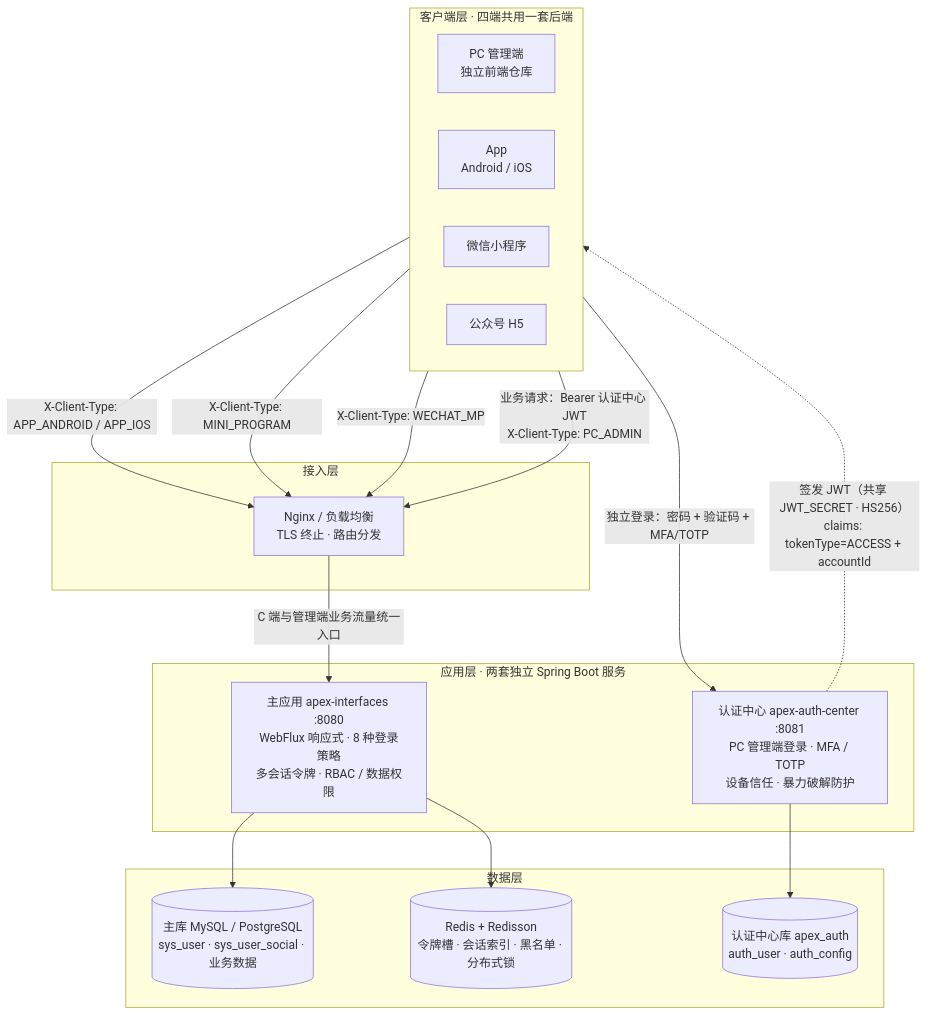
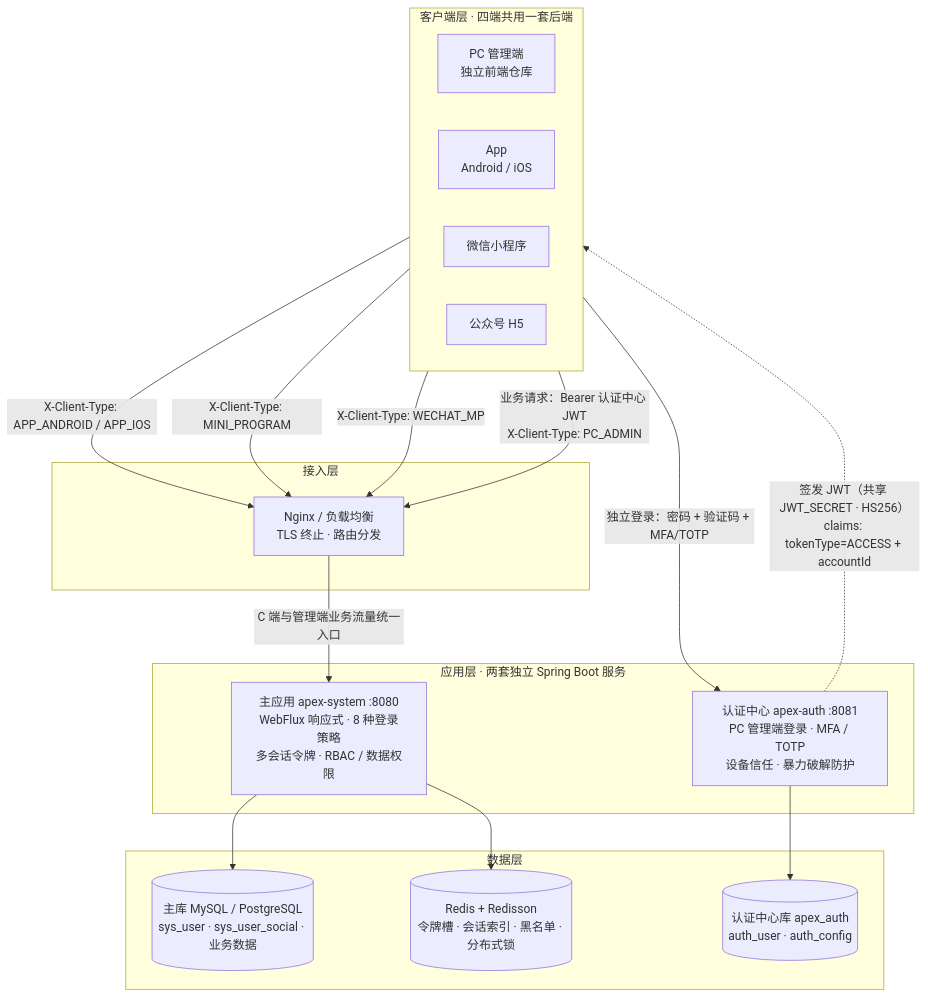
The first of 15 diagrams in docs/02-architecture/multi-client-integration-plan.md (apex-cloud-service/apex-scaffold), drawn with Mermaid before and after one commit. The commit also changed other lines of this file and 507 other files, not shown here.

````diff
--- a/docs/02-architecture/multi-client-integration-plan.md
+++ b/docs/02-architecture/multi-client-integration-plan.md
@@ -37,38 +37,38 @@
 ```mermaid
 flowchart TB
     subgraph CLIENTS["客户端层 · 四端共用一套后端"]
         direction LR
         PC["PC 管理端<br/>独立前端仓库"]
         APP["App<br/>Android / iOS"]
         MINI["微信小程序"]
         MPH5["公众号 H5"]
     end
 
     subgraph EDGE["接入层"]
         NG["Nginx / 负载均衡<br/>TLS 终止 · 路由分发"]
     end
 
     subgraph SERVICES["应用层 · 两套独立 Spring Boot 服务"]
-        MAIN["主应用 apex-interfaces :8080<br/>WebFlux 响应式 · 8 种登录策略<br/>多会话令牌 · RBAC / 数据权限"]
-        AUTH["认证中心 apex-auth-center :8081<br/>PC 管理端登录 · MFA / TOTP<br/>设备信任 · 暴力破解防护"]
+        MAIN["主应用 apex-system :8080<br/>WebFlux 响应式 · 8 种登录策略<br/>多会话令牌 · RBAC / 数据权限"]
+        AUTH["认证中心 apex-auth :8081<br/>PC 管理端登录 · MFA / TOTP<br/>设备信任 · 暴力破解防护"]
     end
 
     subgraph DATA["数据层"]
         MAINDB[("主库 MySQL / PostgreSQL<br/>sys_user · sys_user_social · 业务数据")]
         AUTHDB[("认证中心库 apex_auth<br/>auth_user · auth_config")]
         REDIS[("Redis + Redisson<br/>令牌槽 · 会话索引 · 黑名单 · 分布式锁")]
     end
 
     APP -->|"X-Client-Type: APP_ANDROID / APP_IOS"| NG
     MINI -->|"X-Client-Type: MINI_PROGRAM"| NG
     MPH5 -->|"X-Client-Type: WECHAT_MP"| NG
     PC -->|"业务请求：Bearer 认证中心 JWT<br/>X-Client-Type: PC_ADMIN"| NG
     NG -->|"C 端与管理端业务流量统一入口"| MAIN
 
     PC -->|"独立登录：密码 + 验证码 + MFA/TOTP"| AUTH
     AUTH -.->|"签发 JWT（共享 JWT_SECRET · HS256）<br/>claims: tokenType=ACCESS + accountId"| PC
 
     MAIN --> MAINDB
     MAIN --> REDIS
     AUTH --> AUTHDB
 ```
````
